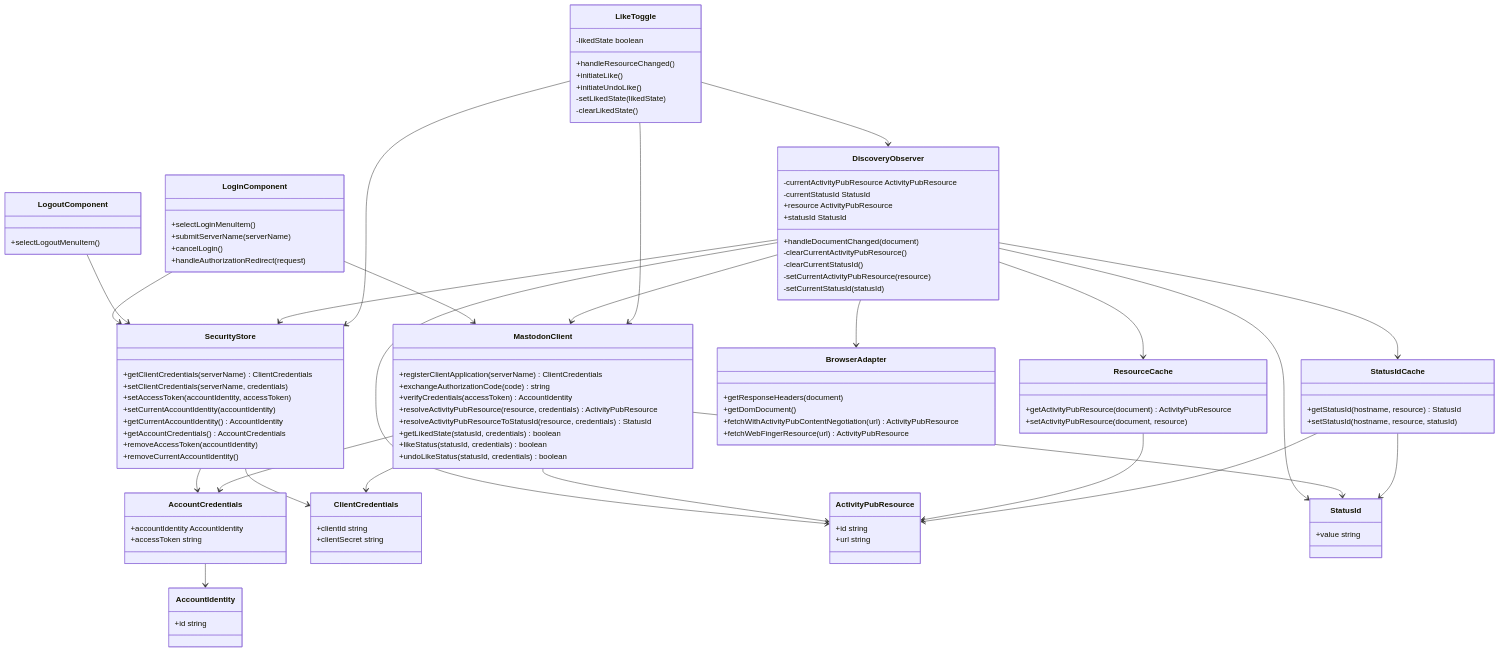
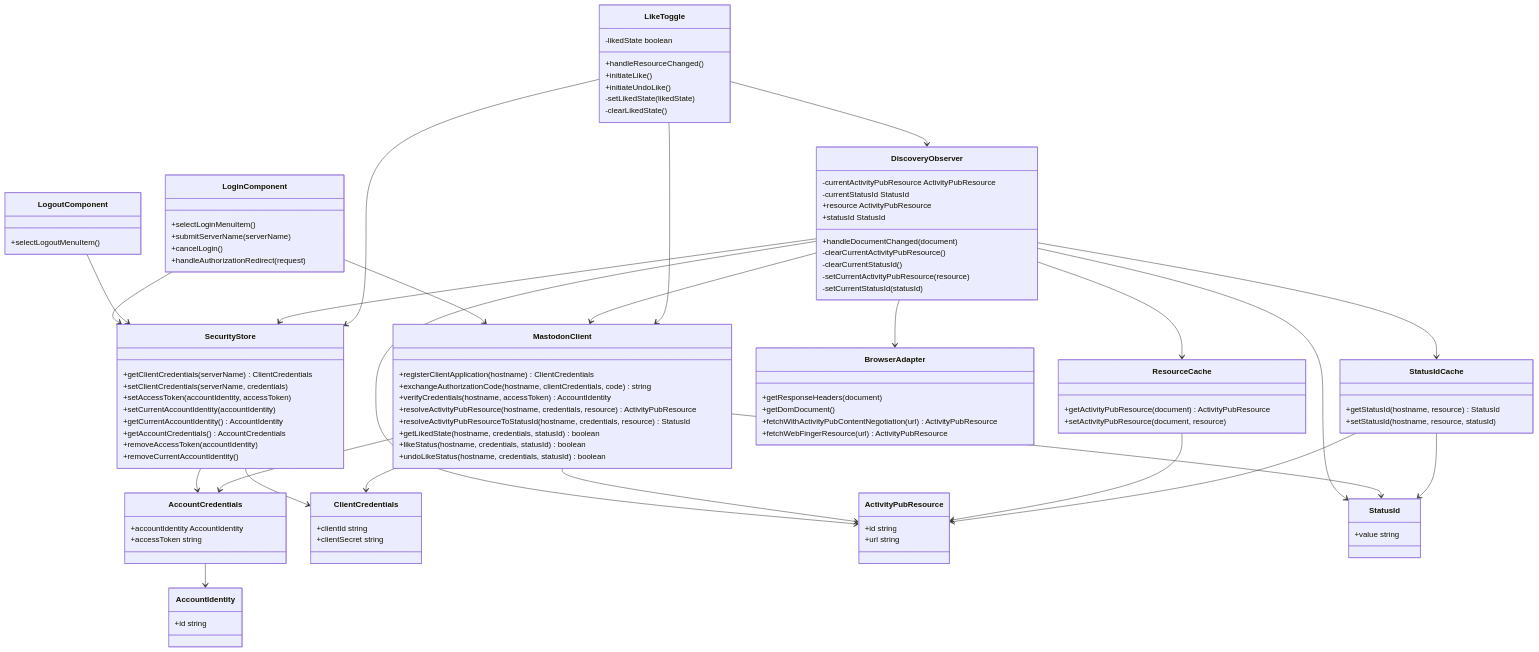
One commit to social-web-foundation/activitypub-browser-extension changed the diagram in docs/architecture/logical.md. Above: the diagram before and after it, drawn with Mermaid. The commit also changed 3 other files, not shown here.

Commit message:
feat: get statusId for resource

```diff
--- a/docs/architecture/logical.md
+++ b/docs/architecture/logical.md
@@ -63,14 +63,14 @@
     }
 
     class MastodonClient {
-        +registerClientApplication(serverName) ClientCredentials
-        +exchangeAuthorizationCode(code) string
-        +verifyCredentials(accessToken) AccountIdentity
-        +resolveActivityPubResource(resource, credentials) ActivityPubResource
-        +resolveActivityPubResourceToStatusId(resource, credentials) StatusId
-        +getLikedState(statusId, credentials) boolean
-        +likeStatus(statusId, credentials) boolean
-        +undoLikeStatus(statusId, credentials) boolean
+        +registerClientApplication(hostname) ClientCredentials
+        +exchangeAuthorizationCode(hostname, clientCredentials, code) string
+        +verifyCredentials(hostname, accessToken) AccountIdentity
+        +resolveActivityPubResource(hostname, credentials, resource) ActivityPubResource
+        +resolveActivityPubResourceToStatusId(hostname, credentials, resource) StatusId
+        +getLikedState(hostname, credentials, statusId) boolean
+        +likeStatus(hostname, credentials, statusId) boolean
+        +undoLikeStatus(hostname, credentials, statusId) boolean
     }
 
     class AccountCredentials {
```
